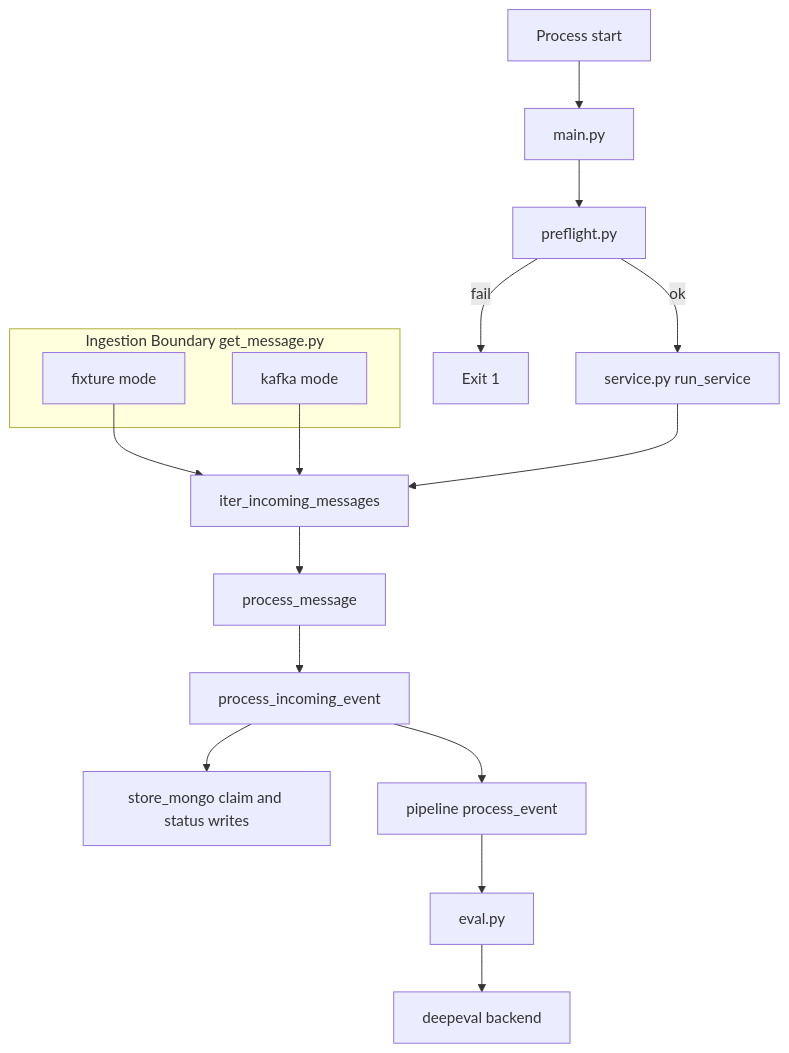
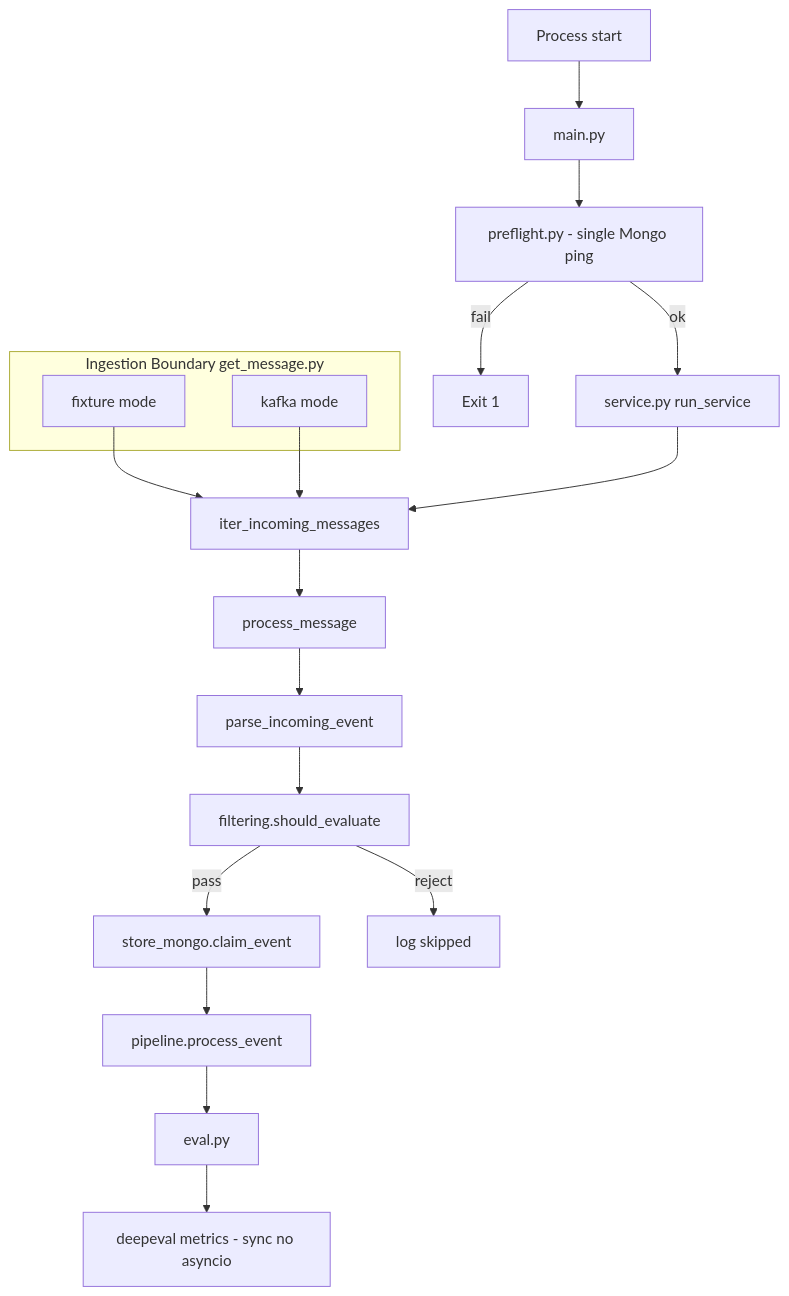
Before and after one commit to JaakkoLipp/Thesis_LLM_DeepEval_OSS: the third of 3 diagrams in docs/flowcharts.md, drawn with Mermaid. The commit also changed other lines of this file and 23 other files, not shown here.

````diff
--- a/docs/flowcharts.md
+++ b/docs/flowcharts.md
@@ -55,23 +62,25 @@
 ```mermaid
 flowchart TD
     A[Process start] --> B[main.py]
-    B --> C[preflight.py]
+    B --> C[preflight.py - single Mongo ping]
     C -->|ok| D[service.py run_service]
     C -->|fail| E[Exit 1]
 
     subgraph Ingestion Boundary get_message.py
       F1[fixture mode]
       F2[kafka mode]
     end
 
     F1 --> G[iter_incoming_messages]
     F2 --> G
 
     D --> G
     G --> H[process_message]
-    H --> I[process_incoming_event]
-    I --> J[store_mongo claim and status writes]
-    I --> K[pipeline process_event]
+    H --> I[parse_incoming_event]
+    I --> FIL[filtering.should_evaluate]
+    FIL -->|pass| J[store_mongo.claim_event]
+    J --> K[pipeline.process_event]
     K --> L[eval.py]
-    L --> M[deepeval backend]
+    L --> M[deepeval metrics - sync no asyncio]
+    FIL -->|reject| SKIP[log skipped]
 ```
````
